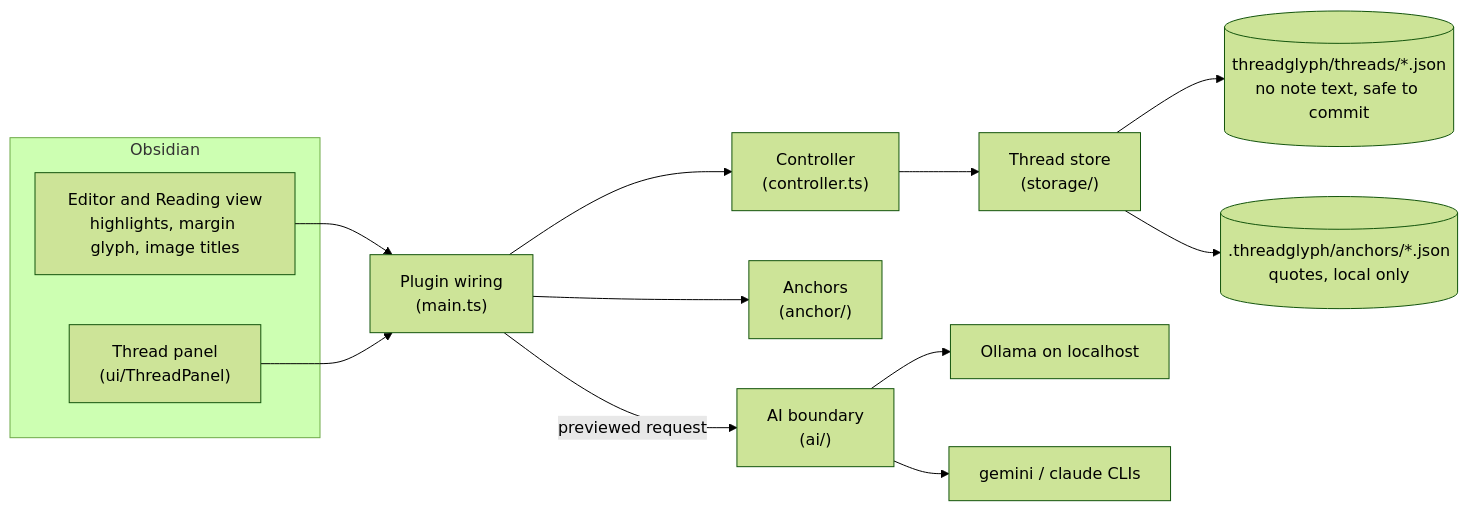
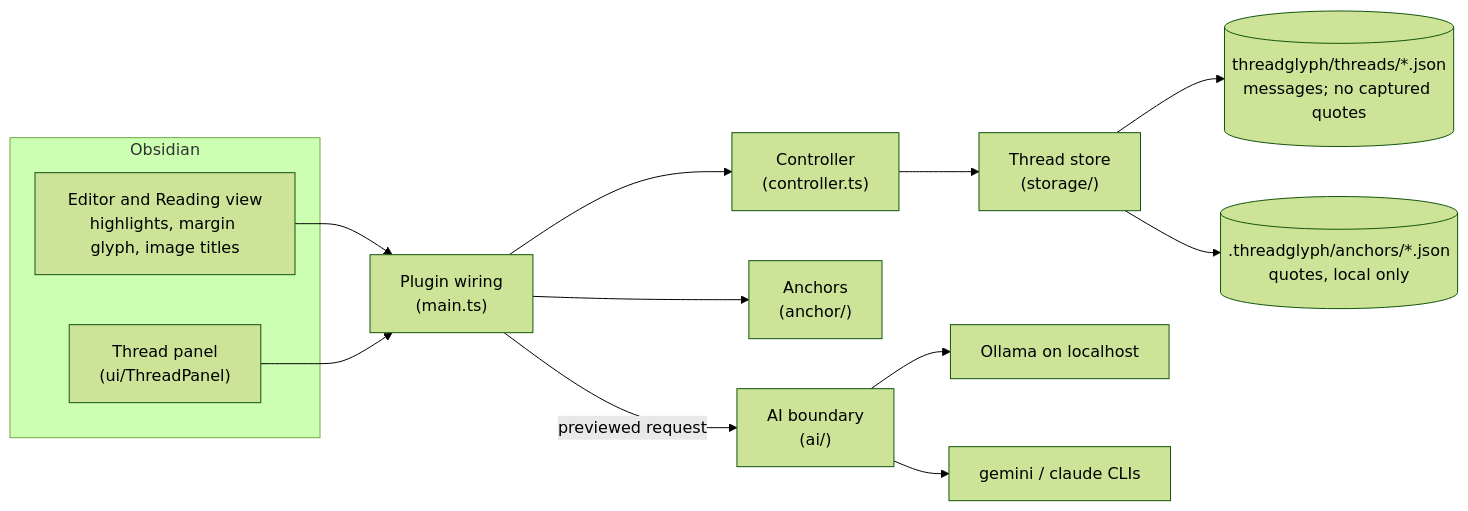
The diagram in docs/architecture.md (jmbost20/threadglyph), drawn with Mermaid (forest theme) before and after one commit. The commit also changed other lines of this file and 8 other files, not shown here.

````diff
--- a/docs/architecture.md
+++ b/docs/architecture.md
@@ -5,26 +5,26 @@
 ```mermaid
 flowchart LR
   subgraph Obsidian
     Editor["Editor and Reading view<br/>highlights, margin glyph, image titles"]
     Panel["Thread panel<br/>(ui/ThreadPanel)"]
   end
   Plugin["Plugin wiring<br/>(main.ts)"]
   Controller["Controller<br/>(controller.ts)"]
   Anchor["Anchors<br/>(anchor/)"]
   Store["Thread store<br/>(storage/)"]
   AI["AI boundary<br/>(ai/)"]
-  Tracked[("threadglyph/threads/*.json<br/>no note text, safe to commit")]
+  Tracked[("threadglyph/threads/*.json<br/>messages; no captured quotes")]
   Local[(".threadglyph/anchors/*.json<br/>quotes, local only")]
   Ollama["Ollama on localhost"]
   CLIs["gemini / claude CLIs"]
 
   Editor --> Plugin
   Panel --> Plugin
   Plugin --> Controller --> Store
   Plugin --> Anchor
   Store --> Tracked
   Store --> Local
   Plugin -- "previewed request" --> AI
   AI --> Ollama
   AI --> CLIs
 ```
````
